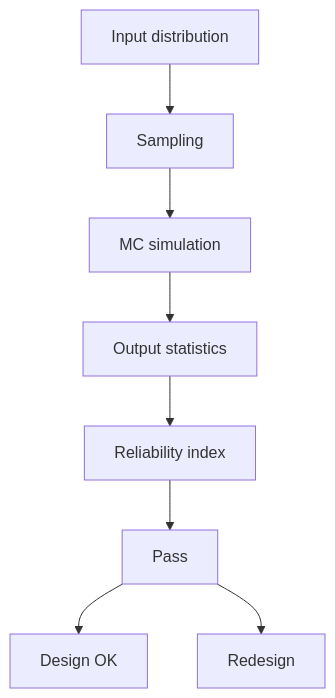
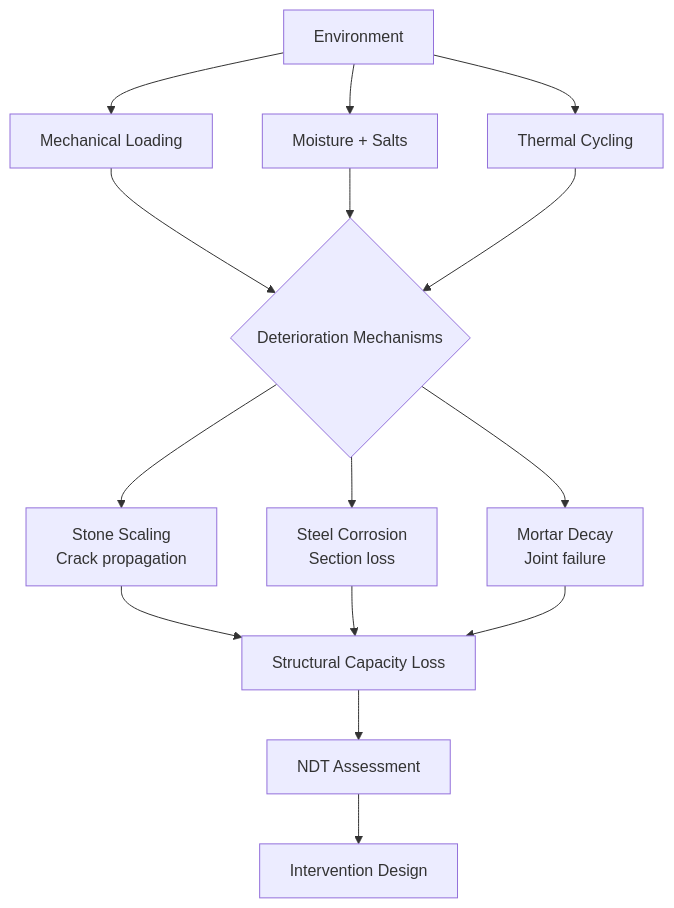
Before and after one commit to yip-lgtm/civil-bootcamp: the diagram in MIT_CEE_Core/Track_2_Mechanics_Materials/Materials/03_1.057_Heritage_Science.md, drawn with Mermaid. The commit also changed other lines of this file and 21 other files, not shown here.

````diff
--- a/MIT_CEE_Core/Track_2_Mechanics_Materials/Materials/03_1.057_Heritage_Science.md
+++ b/MIT_CEE_Core/Track_2_Mechanics_Materials/Materials/03_1.057_Heritage_Science.md
@@ -146,10 +124,17 @@
 ```mermaid
 graph TD
-    A[Input distribution] --> B[Sampling]
-    B --> C[MC simulation]
-    C --> D[Output statistics]
-    D --> E[Reliability index]
-    E --> F[Pass]
-    F --> G[Design OK]
-    F --> H[Redesign]
+    A[Environment] --> B[Mechanical Loading]
+    A --> C[Moisture + Salts]
+    A --> D[Thermal Cycling]
+    B --> E{Deterioration Mechanisms}
+    C --> E
+    D --> E
+    E --> F[Stone Scaling<br/>Crack propagation]
+    E --> G[Steel Corrosion<br/>Section loss]
+    E --> H[Mortar Decay<br/>Joint failure]
+    F --> I[Structural Capacity Loss]
+    G --> I
+    H --> I
+    I --> J[NDT Assessment]
+    J --> K[Intervention Design]
 ```
````
